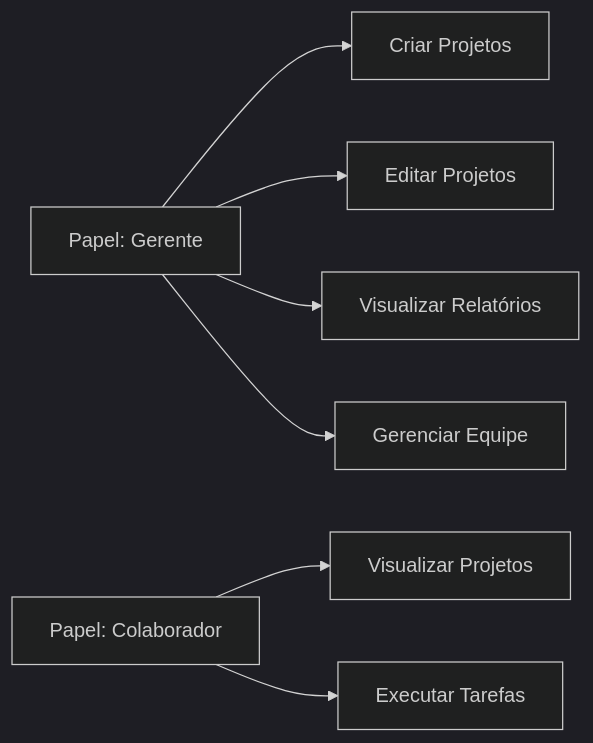
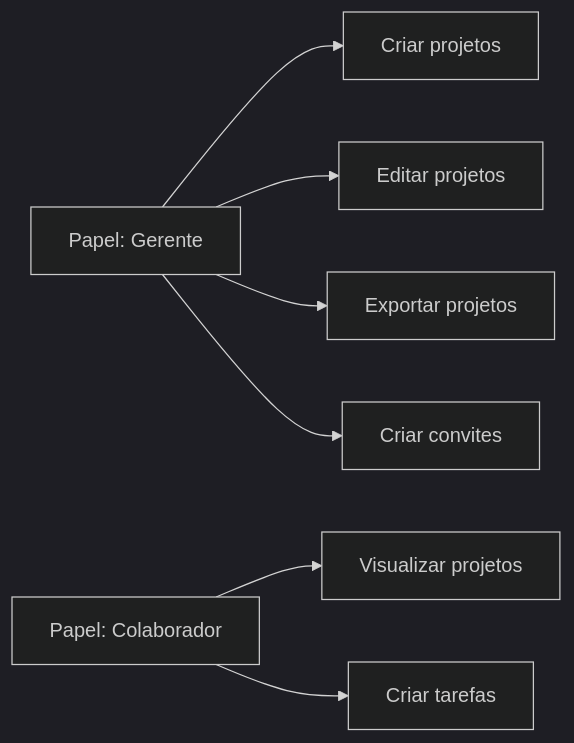
Before and after one commit to olie-ai/docs: the diagram in guides/users/roles-permissions.mdx, drawn with Mermaid (dark theme). The commit also changed other lines of this file and 51 other files, not shown here.

````diff
--- a/guides/users/roles-permissions.mdx
+++ b/guides/users/roles-permissions.mdx
@@ -79,10 +81,10 @@
 ```mermaid
 graph LR
-    A[Papel: Gerente] --> B[Criar Projetos]
-    A --> C[Editar Projetos]
-    A --> D[Visualizar Relatórios]
-    A --> E[Gerenciar Equipe]
+    A[Papel: Gerente] --> B[Criar projetos]
+    A --> C[Editar projetos]
+    A --> D[Exportar projetos]
+    A --> E[Criar convites]
     
-    F[Papel: Colaborador] --> G[Visualizar Projetos]
-    F --> H[Executar Tarefas]
+    F[Papel: Colaborador] --> G[Visualizar projetos]
+    F --> H[Criar tarefas]
 ```
````
